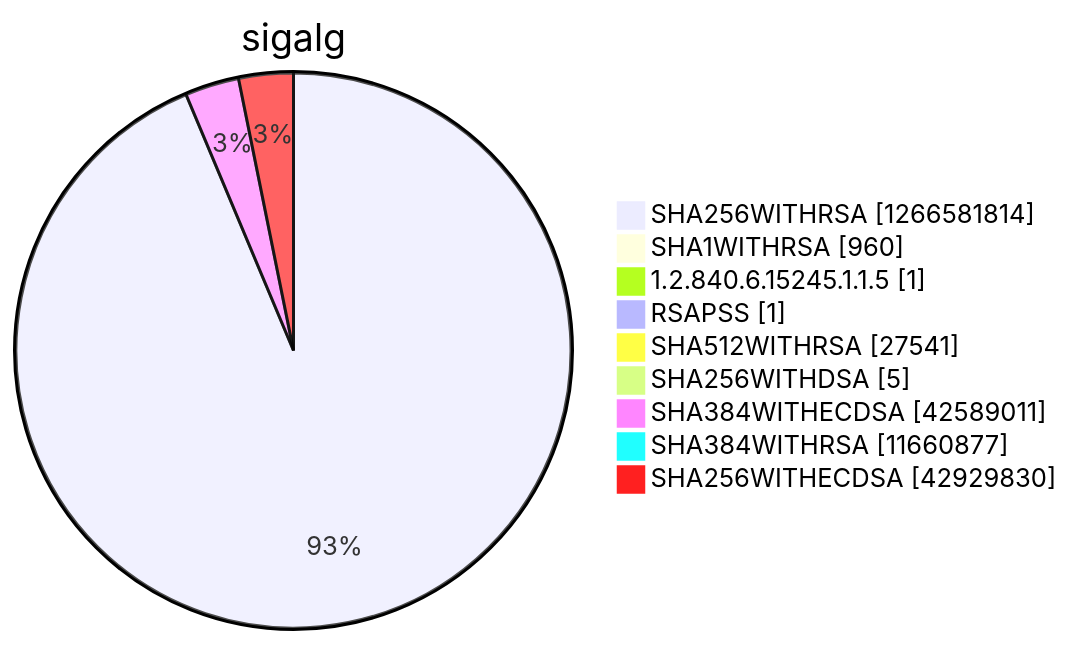
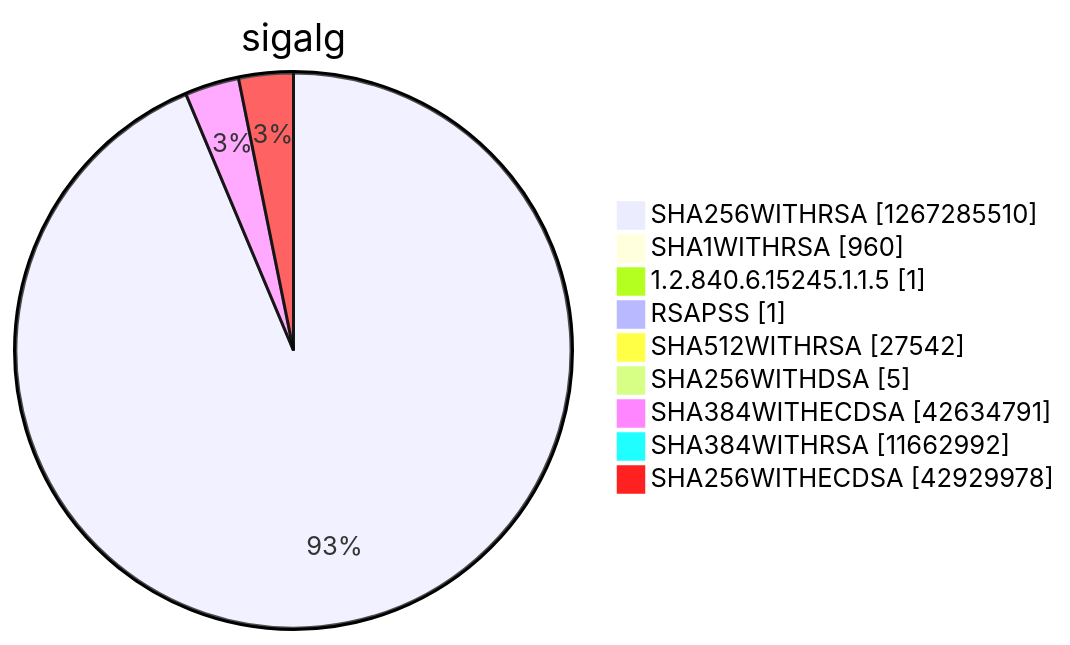
Before and after one commit to christiankrug/ctmonitor_visualization: diagram 15 of 15 in argon2022/README.md, drawn with Mermaid. The commit also changed other lines of this file, not shown here.

````diff
--- a/argon2022/README.md
+++ b/argon2022/README.md
@@ -5522,13 +5522,13 @@
 ```mermaid
 pie showData
 title sigalg
-"SHA256WITHRSA" :1266581814
+"SHA256WITHRSA" :1267285510
 "SHA1WITHRSA" :960
 "1.2.840.6.15245.1.1.5" :1
 "RSAPSS" :1
-"SHA512WITHRSA" :27541
+"SHA512WITHRSA" :27542
 "SHA256WITHDSA" :5
-"SHA384WITHECDSA" :42589011
-"SHA384WITHRSA" :11660877
-"SHA256WITHECDSA" :42929830
+"SHA384WITHECDSA" :42634791
+"SHA384WITHRSA" :11662992
+"SHA256WITHECDSA" :42929978
 ```
````
